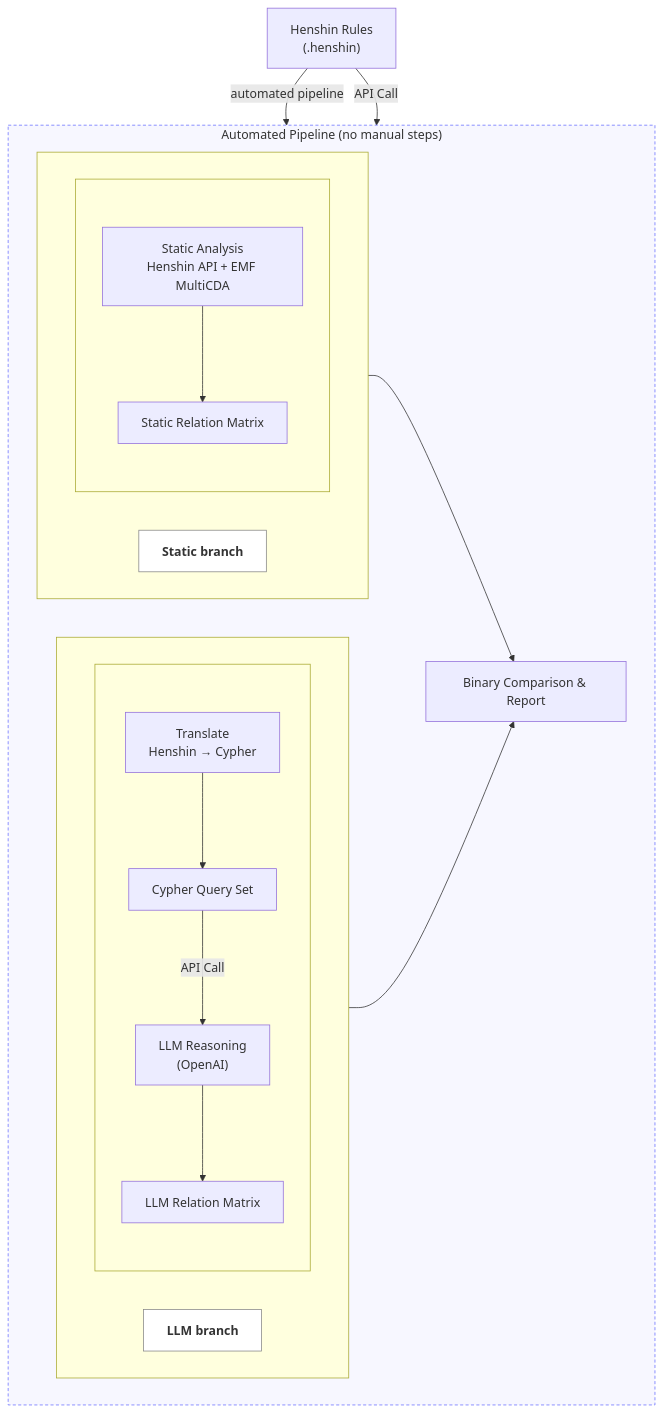
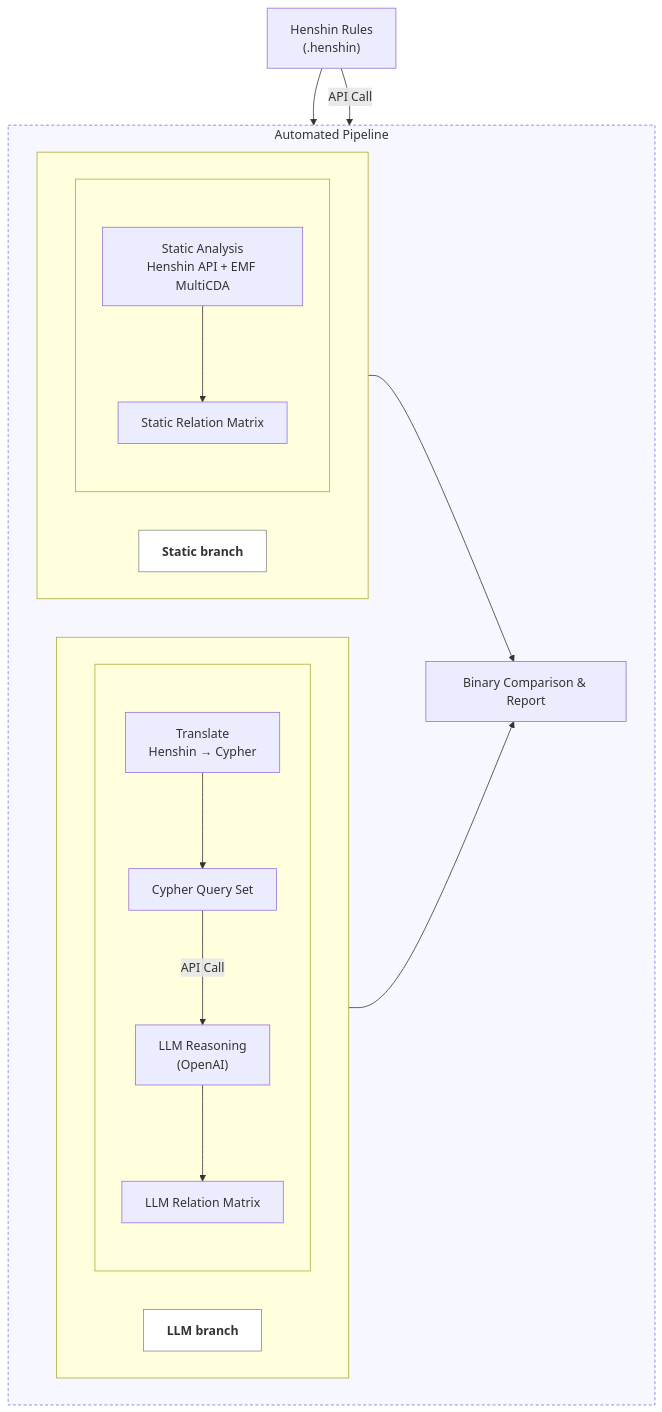
Before and after one commit to Lugji/HenshinApplication: the diagram in README.md, drawn with Mermaid.

````diff
--- a/README.md
+++ b/README.md
@@ -5,49 +5,49 @@
 ```mermaid
 %%{init: {'flowchart': {'htmlLabels': true}} }%%
 flowchart TD
   %% Außerhalb der Pipeline
   A["Henshin Rules<br>(.henshin)"]
 
   %% Gesamte automatisierte Pipeline
-  subgraph Auto["Automated Pipeline (no manual steps)"]
+  subgraph Auto["Automated Pipeline"]
     direction LR
 
     %% ---- LLM-Branch: Label links oben + vertikale Kette rechts ----
     subgraph LLM[" "]
       direction LR
       L_HDR["LLM branch"]:::header
       subgraph LLM_PIPE[" "]
         direction TB
         B["Translate<br>Henshin → Cypher"]
         C["Cypher Query Set"]
         D["LLM Reasoning<br>(OpenAI)"]
         F["LLM Relation Matrix"]
       end
     end
 
     %% ---- Static-Branch: Label links oben + vertikale Kette rechts ----
     subgraph STATIC[" "]
       direction LR
       S_HDR["Static branch"]:::header
       subgraph STATIC_PIPE[" "]
         direction TB
         E["Static Analysis<br>Henshin API + EMF MultiCDA"]
         G["Static Relation Matrix"]
       end
     end
 
     %% Merge/Report
     H["Binary Comparison & Report"]
   end
 
   %% Flüsse/Labels
-  A -->|automated pipeline| B
+  A --> B
   B --> C -->|API Call| D --> F --> H
   A -->|API Call| E --> G --> H
 
   %% Styling
   classDef header fill:#ffffff,stroke:#888,stroke-width:1px,font-weight:bold;
   style Auto fill:#f7f7ff,stroke:#6b72ff,stroke-width:1px,stroke-dasharray:4 3
 
 
 ```
````
